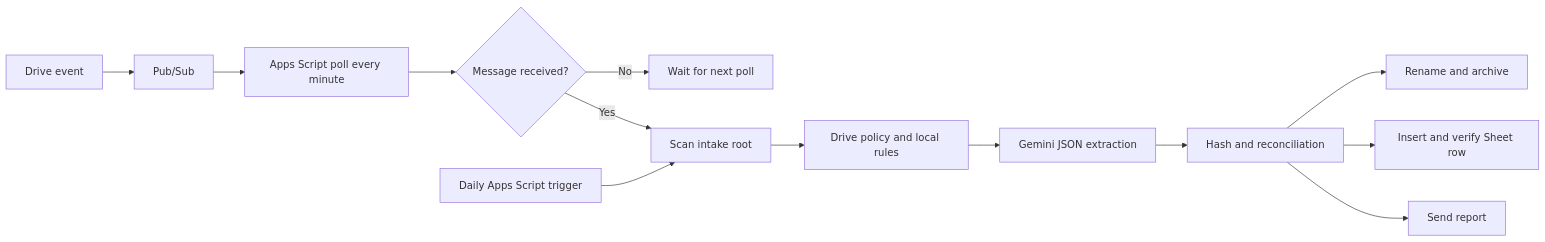
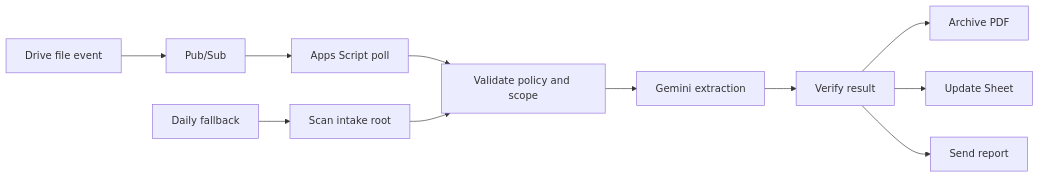
One commit to marcomc/Google-Drive-Utilities-Cataloger changed the diagram in README.md. Above: the diagram before and after it, drawn with Mermaid. The commit also changed other lines of this file and 9 other files, not shown here.

First line of the commit message:
Refactor UtilitiesCataloging.gs for improved intake file processing and error handling; add Gemini usage logging and configuration documentation

````diff
--- a/README.md
+++ b/README.md
@@ -27,17 +17,13 @@
 ```mermaid
 flowchart LR
-  accTitle: Cataloging architecture
-  accDescr: A Drive event or daily fallback starts one intake-folder scan, which applies policy and validation before writing any result.
-  event[Drive event] --> pubsub[Pub/Sub]
-  pubsub --> poll[Apps Script poll every minute]
-  poll --> queued{Message received?}
-  queued -- No --> wait[Wait for next poll]
-  queued -- Yes --> scan[Scan intake root]
-  daily[Daily Apps Script trigger] --> scan[Scan intake root]
-  scan --> policy[Drive policy and local rules]
-  policy --> extract[Gemini JSON extraction]
-  extract --> verify[Hash and reconciliation]
-  verify --> drive[Rename and archive]
-  verify --> sheets[Insert and verify Sheet row]
+  event[Drive file event] --> pubsub[Pub/Sub]
+  pubsub --> poll[Apps Script poll]
+  daily[Daily fallback] --> scan[Scan intake root]
+  poll --> policy[Validate policy and scope]
+  scan --> policy
+  policy --> gemini[Gemini extraction]
+  gemini --> verify[Verify result]
+  verify --> drive[Archive PDF]
+  verify --> sheets[Update Sheet]
   verify --> mail[Send report]
 ```
````
